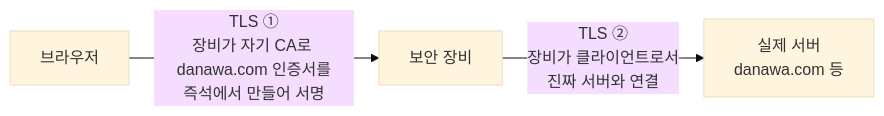
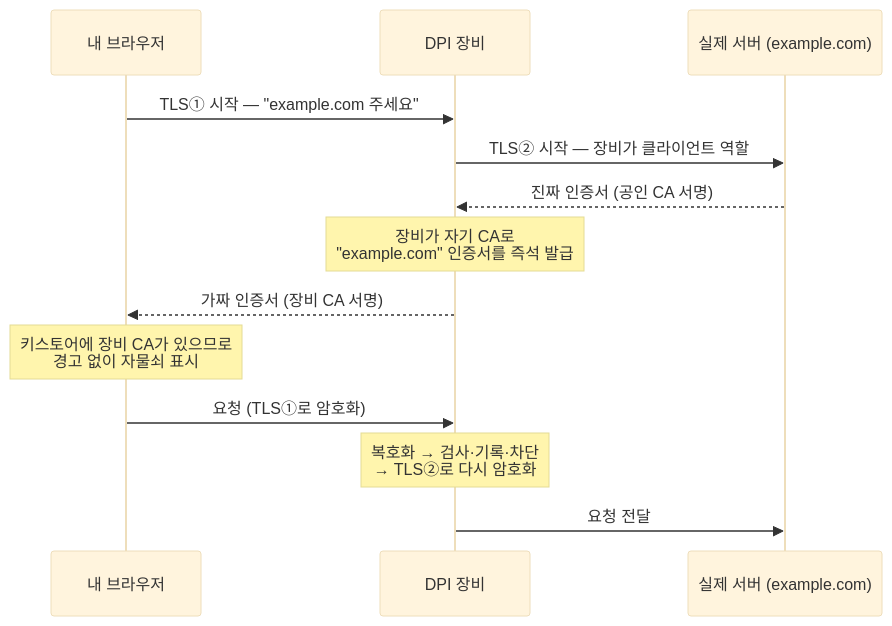
Before and after one commit to KREONET/osso-book: the second of 3 diagrams in src/05-trust.md, drawn with Mermaid (base theme). The commit also changed other lines of this file and 16 other files, not shown here.

````diff
--- a/src/05-trust.md
+++ b/src/05-trust.md
@@ -270,5 +270,15 @@
 ```mermaid
-flowchart LR
-  B["브라우저"] -- "TLS ①<br/>장비가 자기 CA로 danawa.com 인증서를<br/>즉석에서 만들어 서명" --> D["보안 장비"]
-  D -- "TLS ②<br/>장비가 클라이언트로서<br/>진짜 서버와 연결" --> S["실제 서버<br/>danawa.com 등"]
+sequenceDiagram
+  participant B as 내 브라우저
+  participant D as DPI 장비
+  participant S as 실제 서버 (example.com)
+  B->>D: TLS① 시작 — "example.com 주세요"
+  D->>S: TLS② 시작 — 장비가 클라이언트 역할
+  S-->>D: 진짜 인증서 (공인 CA 서명)
+  Note over D: 장비가 자기 CA로<br/>"example.com" 인증서를 즉석 발급
+  D-->>B: 가짜 인증서 (장비 CA 서명)
+  Note over B: 키스토어에 장비 CA가 있으므로<br/>경고 없이 자물쇠 표시
+  B->>D: 요청 (TLS①로 암호화)
+  Note over D: 복호화 → 검사·기록·차단<br/>→ TLS②로 다시 암호화
+  D->>S: 요청 전달
 ```
````
